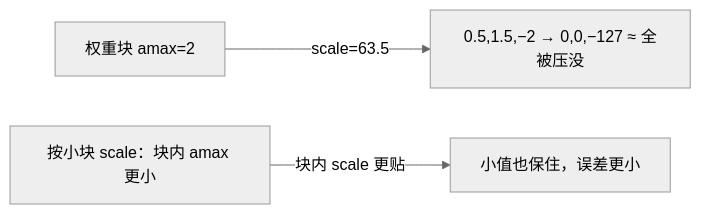
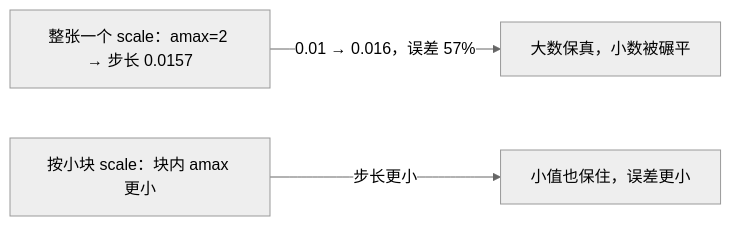
Before and after one commit to SuccinctPaul/Ascend-Notes: the third of 3 diagrams in docs/pages/ops/08-quantization.md, drawn with Mermaid (neutral theme). The commit also changed other lines of this file and 39 other files, not shown here.

````diff
--- a/docs/pages/ops/08-quantization.md
+++ b/docs/pages/ops/08-quantization.md
@@ -191,5 +199,5 @@
 ```mermaid
 flowchart LR
-    A["权重块 amax=2"] -->|"scale=63.5"| B["0.5,1.5,−2 → 0,0,−127 ≈ 全被压没"]
-    C["按小块 scale：块内 amax 更小"] -->|"块内 scale 更贴"| D["小值也保住，误差更小"]
+    A["整张一个 scale：amax=2 → 步长 0.0157"] -->|"0.01 → 0.016，误差 57%"| B["大数保真，小数被碾平"]
+    C["按小块 scale：块内 amax 更小"] -->|"步长更小"| D["小值也保住，误差更小"]
 ```
````
